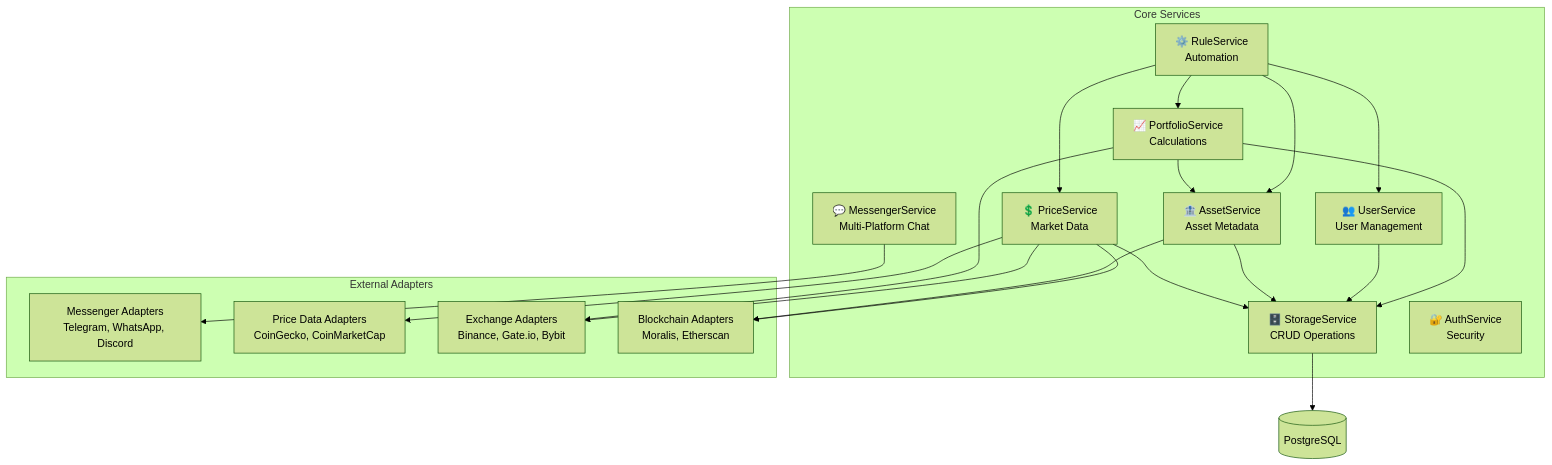
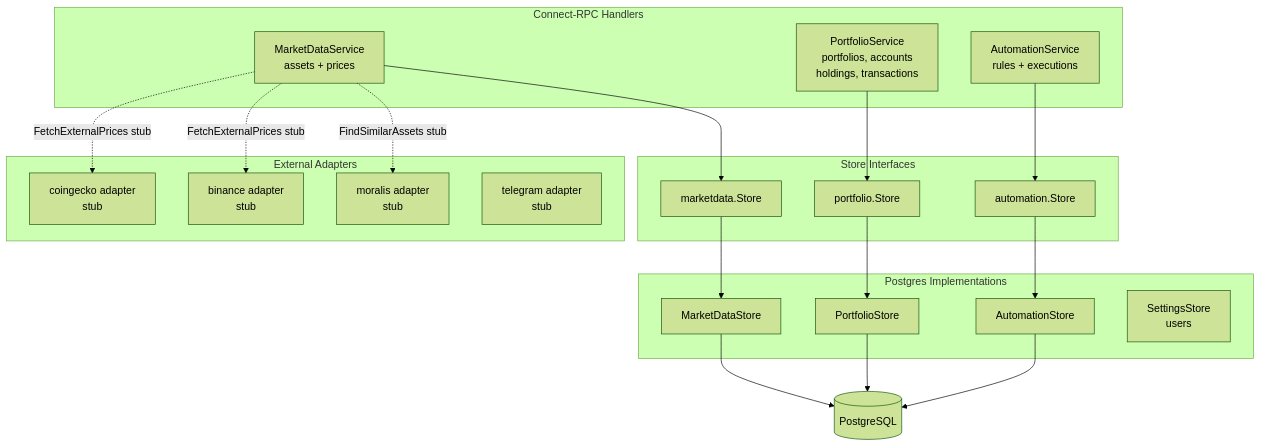
The third of 3 diagrams in docs/architecture.md (foxcool/greedy-eye), drawn with Mermaid (forest theme) before and after one commit. The commit also changed other lines of this file and 21 other files, not shown here.

Commit message:
add automation stubs, move ephemeral DB code for tests, delete old services

````diff
--- a/docs/architecture.md
+++ b/docs/architecture.md
@@ -278,41 +263,36 @@
 ```mermaid
 graph TB
-    subgraph "Core Services"
-        Storage[🗄️ StorageService<br/>CRUD Operations]
-        User[👥 UserService<br/>User Management]
-        Asset[🏦 AssetService<br/>Asset Metadata]
-        Portfolio[📈 PortfolioService<br/>Calculations]
-        Price[💲 PriceService<br/>Market Data]
-        Rule[⚙️ RuleService<br/>Automation]
-        Auth[🔐 AuthService<br/>Security]
-        Messenger[💬 MessengerService<br/>Multi-Platform Chat]
+    subgraph "Connect-RPC Handlers"
+        MDS[MarketDataService<br/>assets + prices]
+        PS[PortfolioService<br/>portfolios, accounts<br/>holdings, transactions]
+        AS[AutomationService<br/>rules + executions]
+    end
+
+    subgraph "Store Interfaces"
+        MDSI[marketdata.Store]
+        PSI[portfolio.Store]
+        ASI[automation.Store]
+    end
+
+    subgraph "Postgres Implementations"
+        MDSP[MarketDataStore]
+        PSP[PortfolioStore]
+        ASP[AutomationStore]
+        SSP[SettingsStore<br/>users]
     end
 
     subgraph "External Adapters"
-        MessengerAdapter[Messenger Adapters<br/>Telegram, WhatsApp, Discord]
-        PriceAdapter[Price Data Adapters<br/>CoinGecko, CoinMarketCap]
-        ExchangeAdapter[Exchange Adapters<br/>Binance, Gate.io, Bybit]
-        BlockchainAdapter[Blockchain Adapters<br/>Moralis, Etherscan]
+        CoinGecko[coingecko adapter<br/>stub]
+        Binance[binance adapter<br/>stub]
+        Moralis[moralis adapter<br/>stub]
+        Telegram[telegram adapter<br/>stub]
     end
 
-    Storage --> Database[(PostgreSQL)]
+    MDS --> MDSI --> MDSP --> DB[(PostgreSQL)]
+    PS  --> PSI  --> PSP  --> DB
+    AS  --> ASI  --> ASP  --> DB
 
-    Price --> PriceAdapter
-    Price --> ExchangeAdapter
-    Price --> BlockchainAdapter
-
-    Messenger --> MessengerAdapter
-    Rule --> User
-    Rule --> Portfolio
-    Rule --> Asset
-    Rule --> Price
-
-    Portfolio --> Asset
-    Portfolio --> Storage
-    Portfolio --> ExchangeAdapter
-
-    User --> Storage
-    Asset --> Storage
-    Asset --> BlockchainAdapter
-    Price --> Storage
+    MDS -.->|FetchExternalPrices stub| CoinGecko
+    MDS -.->|FetchExternalPrices stub| Binance
+    MDS -.->|FindSimilarAssets stub| Moralis
 ```
````
